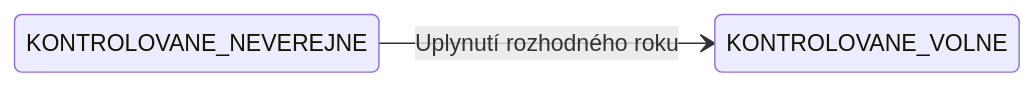
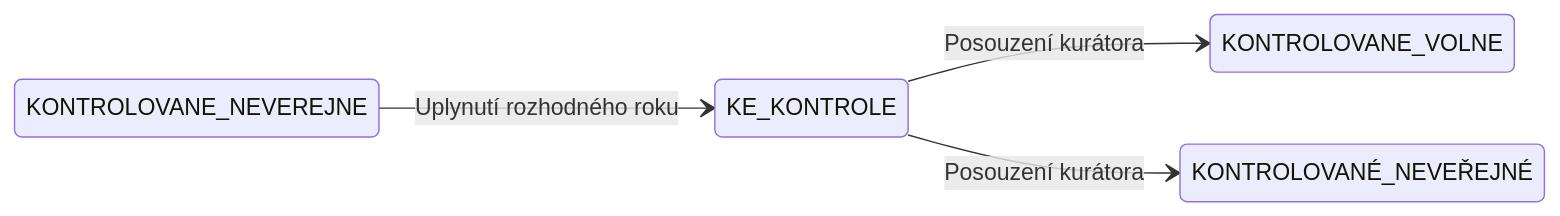
The third of 4 diagrams in README.md (ceskaexpedice/kapp), drawn with Mermaid before and after one commit.

Commit message:
Changed states

````diff
--- a/README.md
+++ b/README.md
@@ -70,23 +70,25 @@
 ```mermaid
 stateDiagram-v2
     direction LR
 
     state Imported <<start>>
     state Konec <<end>>
 
     state NEKONTROLOVANÉ_ZPŘÍSTUPNĚNÉ : Automaticky přidělovaná licence public - Nedochází ke kurátorské kontrole (Monografie pred rokem 1900 a rocniky starsi nez 110 let)
     state NEKONTROLOVANÉ : Automaticky přidělovaná licence onsite - Nedochází ke kurátorské kontrole (Mapy, monografie a hudebniny vydané před méně než 70 lety)
     state KE_KONTROLE : Nutná kurátorská kontrola
 
     state KONTROLOVANÉ_VOLNÉ : Public (Volné AP)
     state KONTROLOVANÉ_NEVEŘEJNÉ : Private (Běží AP, s rozhodným rokem)
     state KONTROLOVANÉ_NEZNÁMÉ : Private (Neznámý stav AP)
     state KONTROLOVANÉ_NEZNÁMÉ_ZPŘÍSTUPNĚNÉ : Public (Neznámé AP, ale zpřístupněno)
     state KONTROLOVANÉ_NEVEŘEJNÉ_LICENCE : Public/Private (Neveřejné, ale s licencí)
     state KONTROLOVANÉ_BEZ_AP : Public (Dílo bez AP)
     state KONTROLOVANÉ_ZNEPŘÍSTUPNĚNÉ : Private (Znepřístupněno)
 
 
     %% Automatické přechody v čase
-    KONTROLOVANE_NEVEREJNE --> KONTROLOVANE_VOLNE : Uplynutí rozhodného roku
+    KONTROLOVANE_NEVEREJNE --> KE_KONTROLE : Uplynutí rozhodného roku
+    KE_KONTROLE --> KONTROLOVANE_VOLNE : Posouzení kurátora
+    KE_KONTROLE --> KONTROLOVANÉ_NEVEŘEJNÉ : Posouzení kurátora
 ```
````
